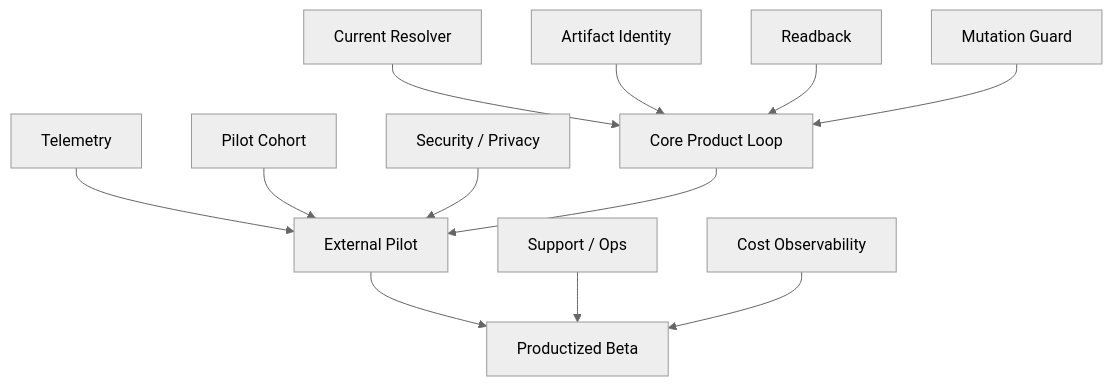
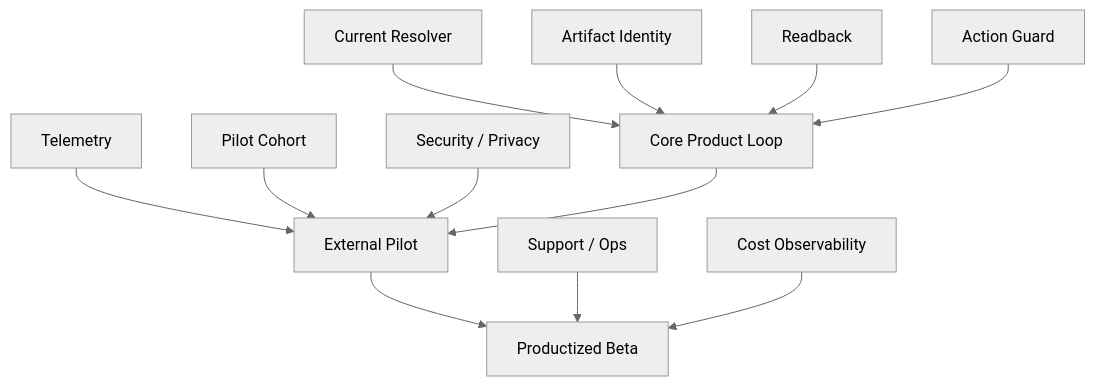
Before and after one commit to Jiaosong/Design: the diagram in product-docs/v0.3/OLEANDER_RISK_DEPENDENCY_RACI_v0.3.0.md, drawn with Mermaid (neutral theme). The commit also changed other lines of this file and 71 other files, not shown here.

````diff
--- a/product-docs/v0.3/OLEANDER_RISK_DEPENDENCY_RACI_v0.3.0.md
+++ b/product-docs/v0.3/OLEANDER_RISK_DEPENDENCY_RACI_v0.3.0.md
@@ -13,14 +13,14 @@
 ```mermaid
 flowchart TD
     RES[Current Resolver] --> CORE[Core Product Loop]
     ART[Artifact Identity] --> CORE
     RB[Readback] --> CORE
-    MG[Mutation Guard] --> CORE
+    MG[Action Guard] --> CORE
     TEL[Telemetry] --> PILOT[External Pilot]
     COHORT[Pilot Cohort] --> PILOT
     PRIV[Security / Privacy] --> PILOT
     CORE --> PILOT
     PILOT --> BETA[Productized Beta]
     OPS[Support / Ops] --> BETA
     COST[Cost Observability] --> BETA
 ```
````
